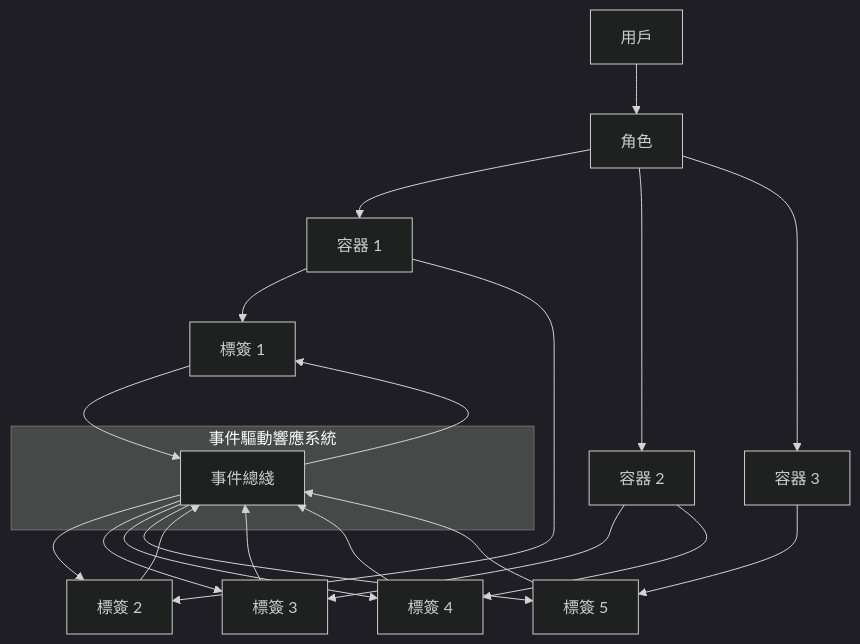
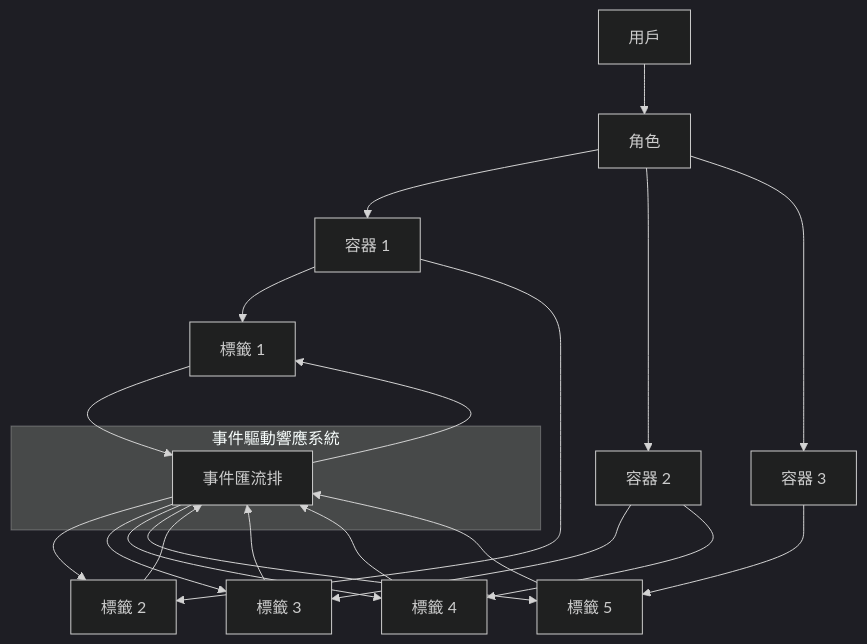
Before and after one commit to lizzary/Quantitative-Strategy-Management-and-Monitoring-System-Platform: diagram 17 of 48 in readme.md, drawn with Mermaid (dark theme). The commit also changed other lines of this file, not shown here.

````diff
--- a/readme.md
+++ b/readme.md
@@ -1215,29 +1216,29 @@
 ```mermaid
 graph TB
     User[用戶] --> Character[角色]
     Character --> Container1[容器 1]
     Character --> Container2[容器 2]
     Character --> Container3[容器 3]
     
-    Container1 --> Label1[標簽 1]
-    Container1 --> Label2[標簽 2]
-    Container2 --> Label3[標簽 3]
-    Container2 --> Label4[標簽 4]
-    Container3 --> Label5[標簽 5]
+    Container1 --> Label1[標籤 1]
+    Container1 --> Label2[標籤 2]
+    Container2 --> Label3[標籤 3]
+    Container2 --> Label4[標籤 4]
+    Container3 --> Label5[標籤 5]
     
-    Label1 --> EventBus[事件總綫]
+    Label1 --> EventBus[事件匯流排]
     Label2 --> EventBus
     Label3 --> EventBus
     Label4 --> EventBus
     Label5 --> EventBus
     
     EventBus --> Label1
     EventBus --> Label2
     EventBus --> Label3
     EventBus --> Label4
     EventBus --> Label5
     
     subgraph "事件驅動響應系統"
         EventBus
     end
 ```
````
